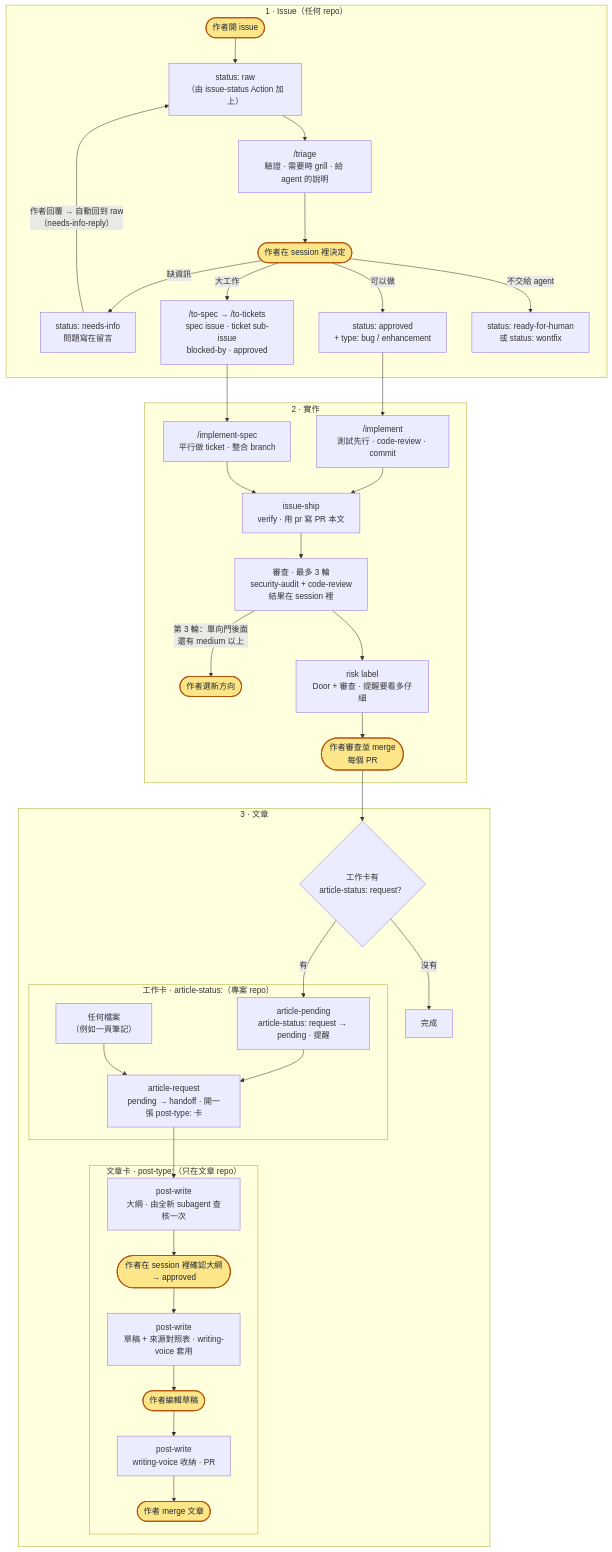
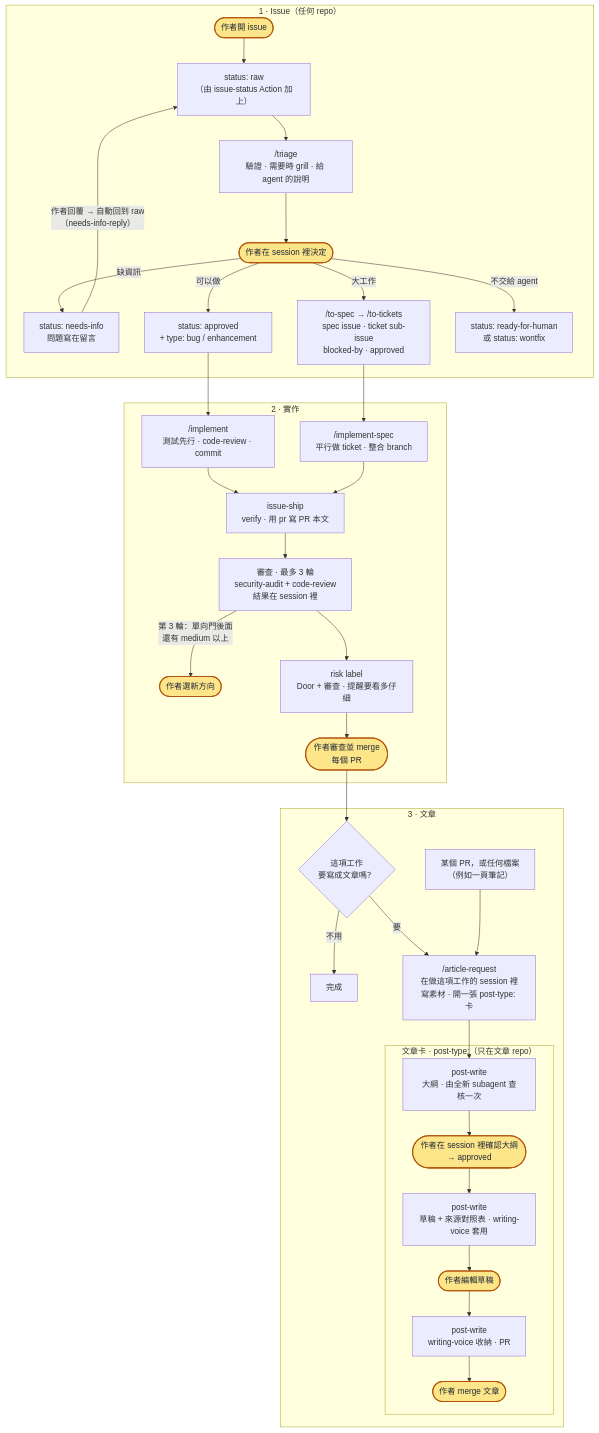
Before and after one commit to sean2249/skills: the first of 2 diagrams in README.zh-TW.md, drawn with Mermaid. The commit also changed other lines of this file and 13 other files, not shown here.

First line of the commit message:
Articles start with /article-request in the dev session; retire article labels

````diff
--- a/README.zh-TW.md
+++ b/README.zh-TW.md
@@ -57,48 +57,44 @@
 ```mermaid
 flowchart TD
   subgraph ISSUE["1 · Issue（任何 repo）"]
     A(["作者開 issue"]):::author --> B["status: raw<br/>（由 issue-status Action 加上）"]
     B --> T["/triage<br/>驗證 · 需要時 grill · 給 agent 的說明"]
     T --> D(["作者在 session 裡決定"]):::author
     D -->|缺資訊| NI["status: needs-info<br/>問題寫在留言"]
     NI -->|"作者回覆 → 自動回到 raw<br/>（needs-info-reply）"| B
     D -->|可以做| AP["status: approved<br/>+ type: bug / enhancement"]
     D -->|大工作| SP["/to-spec → /to-tickets<br/>spec issue · ticket sub-issue<br/>blocked-by · approved"]
     D -->|"不交給 agent"| RH["status: ready-for-human<br/>或 status: wontfix"]
   end
 
   subgraph IMPL["2 · 實作"]
     AP --> I["/implement<br/>測試先行 · code-review · commit"]
     SP --> IS["/implement-spec<br/>平行做 ticket · 整合 branch"]
     I --> S["issue-ship<br/>verify · 用 pr 寫 PR 本文"]
     IS --> S
     S --> RV["審查 · 最多 3 輪<br/>security-audit + code-review<br/>結果在 session 裡"]
     RV -->|"第 3 輪：單向門後面<br/>還有 medium 以上"| BK(["作者選新方向"]):::author
     RV --> K["risk label<br/>Door + 審查 · 提醒要看多仔細"]
     K --> M(["作者審查並 merge<br/>每個 PR"]):::author
   end
 
   subgraph ART["3 · 文章"]
-    M --> N{"工作卡有<br/>article-status: request？"}
-    N -->|沒有| Z["完成"]
-    subgraph WORK["工作卡 · article-status:（專案 repo）"]
-      O["article-pending<br/>article-status: request → pending · 提醒"]
-      Q["article-request<br/>pending → handoff · 開一張 post-type: 卡"]
-      X["任何檔案<br/>（例如一頁筆記）"]
-    end
+    M --> N{"這項工作<br/>要寫成文章嗎？"}
+    N -->|不用| Z["完成"]
+    Q["/article-request<br/>在做這項工作的 session 裡<br/>寫素材 · 開一張 post-type: 卡"]
+    X["某個 PR，或任何檔案<br/>（例如一頁筆記）"]
     subgraph CARD["文章卡 · post-type:（只在文章 repo）"]
       U["post-write<br/>大綱 · 由全新 subagent 查核一次"]
       OC(["作者在 session 裡確認大綱<br/>→ approved"]):::author
       W["post-write<br/>草稿 + 來源對照表 · writing-voice 套用"]
       E(["作者編輯草稿"]):::author
       P["post-write<br/>writing-voice 收納 · PR"]
       V(["作者 merge 文章"]):::author
     end
-    N -->|有| O
-    O --> Q
+    N -->|要| Q
     X --> Q
     Q --> U --> OC --> W --> E --> P --> V
   end
 
   classDef author fill:#fde68a,stroke:#b45309,color:#1f2937,stroke-width:2px
 ```
````
